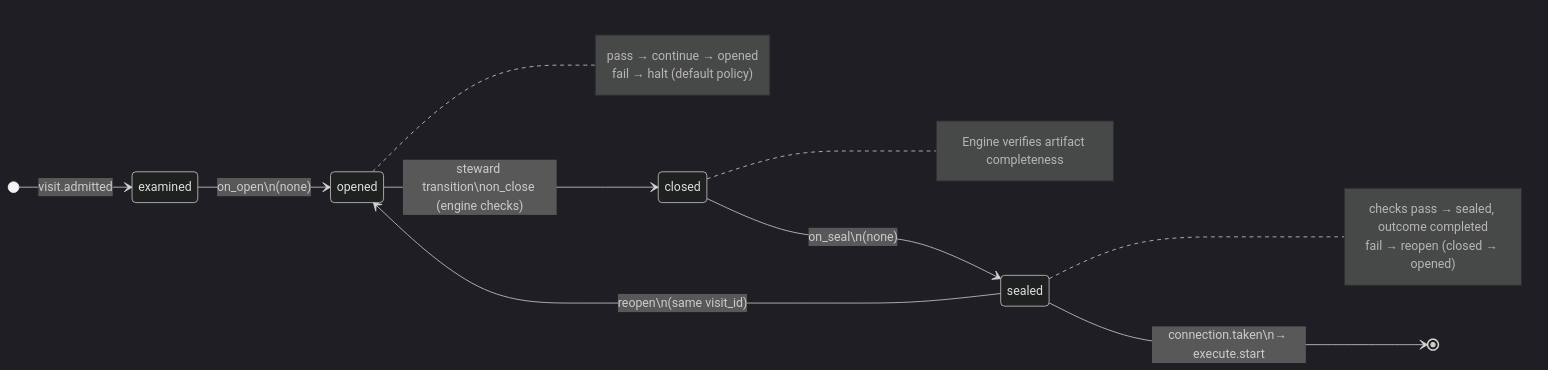
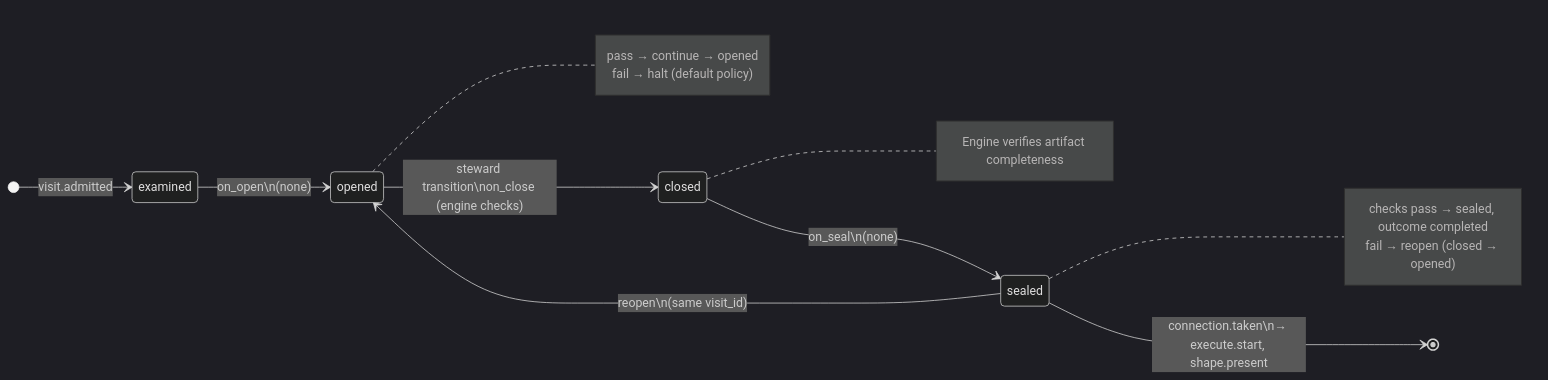
The first of 2 diagrams in docs/nodes/shape.record.gate.md (burtlo/foundry), drawn with Mermaid (dark theme) before and after one commit. The commit also changed other lines of this file and 22 other files, not shown here.

````diff
--- a/docs/nodes/shape.record.gate.md
+++ b/docs/nodes/shape.record.gate.md
@@ -30,26 +30,26 @@
 ```mermaid
 stateDiagram-v2
   direction LR
 
   [*] --> examined: visit.admitted
 
   examined --> opened: on_open\n(none)
   note right of opened
     pass → continue → opened
     fail → halt (default policy)
   end note
 
   opened --> closed: steward transition\non_close (engine checks)
   note right of closed
     Engine verifies artifact completeness
   end note
 
   closed --> sealed: on_seal\n(none)
   note right of sealed
     checks pass → sealed, outcome completed
     fail → reopen (closed → opened)
   end note
 
-  sealed --> [*]: connection.taken\n→ execute.start
+  sealed --> [*]: connection.taken\n→ execute.start, shape.present
   sealed --> opened: reopen\n(same visit_id)
 ```
````
